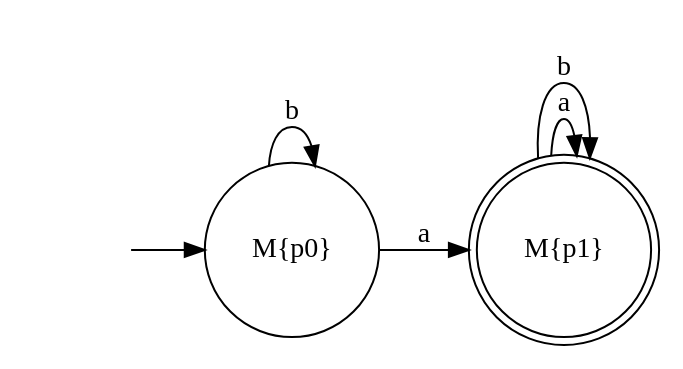
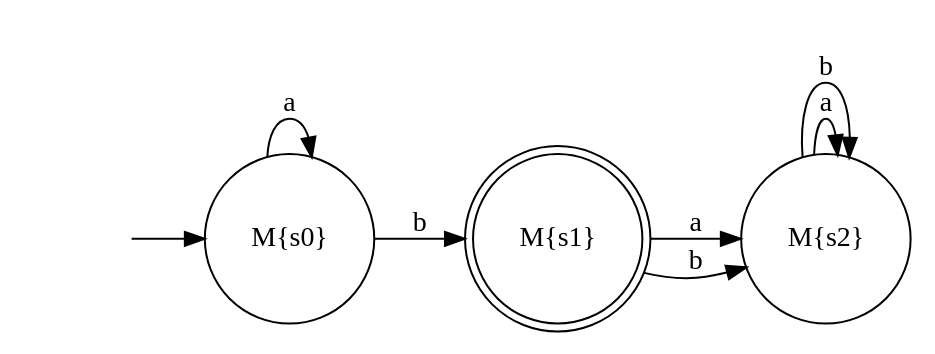
One commit to MatiasEng/FundamentosCsComputacion changed the diagram in Tarea1/automaton2_minimized.dot. Above: the diagram before and after it, drawn with Graphviz. The commit also changed 4 other files, not shown here.

```diff
--- a/Tarea1/automaton2_minimized.dot
+++ b/Tarea1/automaton2_minimized.dot
@@ -1,11 +1,13 @@
 digraph Automata {
   rankdir=LR;
   "" [shape=none];
-  "M{p1}" [shape=doublecircle];
+  "M{s1}" [shape=doublecircle];
   node [shape=circle];
-  "" -> "M{p0}";
-  "M{p1}" -> "M{p1}" [label="a"];
-  "M{p1}" -> "M{p1}" [label="b"];
-  "M{p0}" -> "M{p1}" [label="a"];
-  "M{p0}" -> "M{p0}" [label="b"];
+  "" -> "M{s0}";
+  "M{s0}" -> "M{s0}" [label="a"];
+  "M{s0}" -> "M{s1}" [label="b"];
+  "M{s2}" -> "M{s2}" [label="a"];
+  "M{s2}" -> "M{s2}" [label="b"];
+  "M{s1}" -> "M{s2}" [label="a"];
+  "M{s1}" -> "M{s2}" [label="b"];
 }
```
